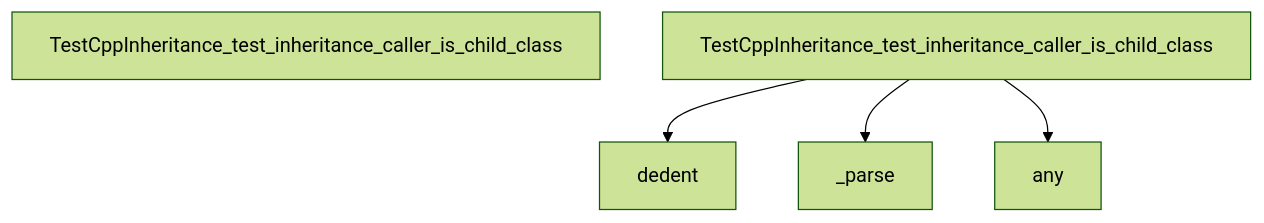
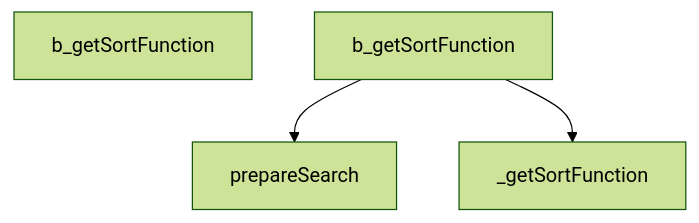
Diagram 23 of 27 in docs/DATA_FLOW.md (hazalkoom/DECODEx01), drawn with Mermaid (forest theme) before and after one commit. The commit also changed other lines of this file and 8 other files, not shown here.

````diff
--- a/docs/DATA_FLOW.md
+++ b/docs/DATA_FLOW.md
@@ -841,17 +833,13 @@
 ```mermaid
 graph TD
-    Start[TestCppInheritance_test_inheritance_caller_is_child_class]
+    Start[b_getSortFunction]
 
 
-    TestCppInheritance_test_inheritance_caller_is_child_class --> dedent
+    b_getSortFunction --> prepareSearch
 
 
 
-    TestCppInheritance_test_inheritance_caller_is_child_class --> _parse
-
-
-
-    TestCppInheritance_test_inheritance_caller_is_child_class --> any
+    b_getSortFunction --> _getSortFunction
 
 
 ```
````
